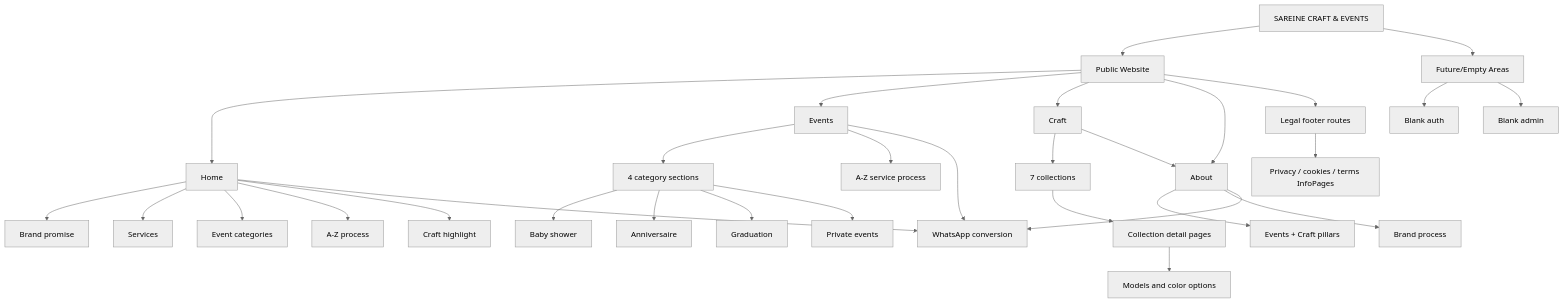
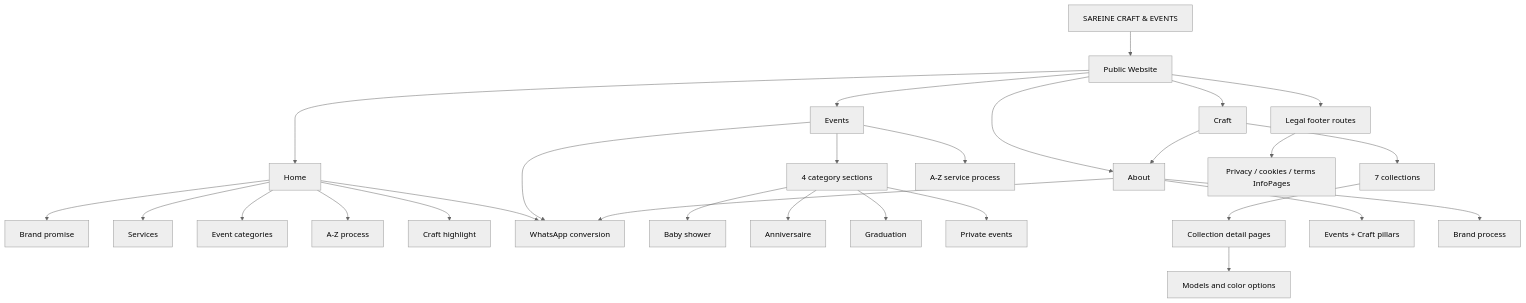
One commit to HID4N1/sareine_craft changed the fifth of 5 diagrams in docs/WEBSITE_AUDIT.md. Above: the diagram before and after it, drawn with Mermaid (neutral theme). The commit also changed other lines of this file and 2 other files, not shown here.

````diff
--- a/docs/WEBSITE_AUDIT.md
+++ b/docs/WEBSITE_AUDIT.md
@@ -1148,40 +1093,36 @@
 ```mermaid
 flowchart TD
     S["SAREINE CRAFT & EVENTS"]
     S --> PUBLIC["Public Website"]
-    S --> EMPTY["Future/Empty Areas"]
 
     PUBLIC --> HOME["Home"]
     PUBLIC --> EVENTS["Events"]
     PUBLIC --> CRAFT["Craft"]
     PUBLIC --> ABOUT["About"]
     PUBLIC --> LEGAL["Legal footer routes"]
 
     HOME --> H1["Brand promise"]
     HOME --> H2["Services"]
     HOME --> H3["Event categories"]
     HOME --> H4["A-Z process"]
     HOME --> H5["Craft highlight"]
     HOME --> CONV["WhatsApp conversion"]
 
     EVENTS --> EC["4 category sections"]
     EC --> EB["Baby shower"]
     EC --> EA["Anniversaire"]
     EC --> EG["Graduation"]
     EC --> EP["Private events"]
     EVENTS --> ES["A-Z service process"]
     EVENTS --> CONV
 
     CRAFT --> CC["7 collections"]
     CC --> CD["Collection detail pages"]
     CD --> MODELS["Models and color options"]
     CRAFT --> ABOUT
 
     ABOUT --> PILLARS["Events + Craft pillars"]
     ABOUT --> PROCESS["Brand process"]
     ABOUT --> CONV
-
     LEGAL --> INFO["Privacy / cookies / terms InfoPages"]
-    EMPTY --> AUTH["Blank auth"]
-    EMPTY --> ADMIN["Blank admin"]
 ```
````
